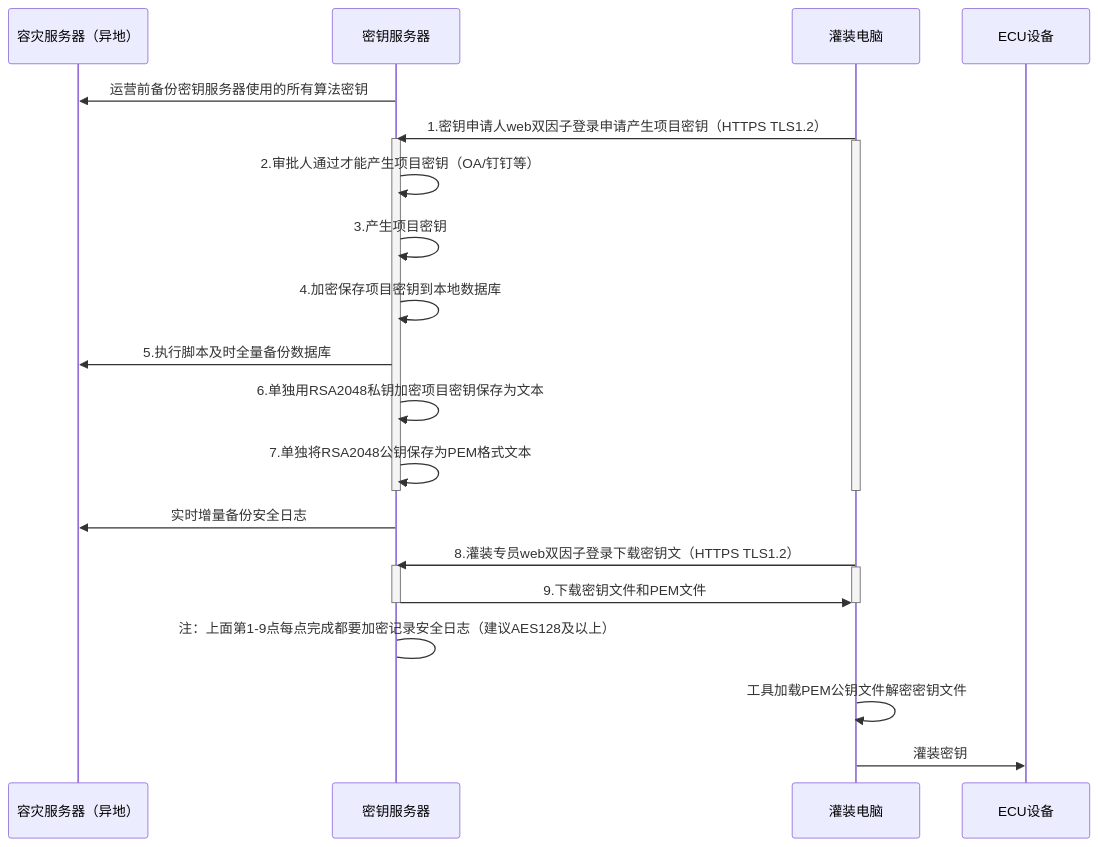
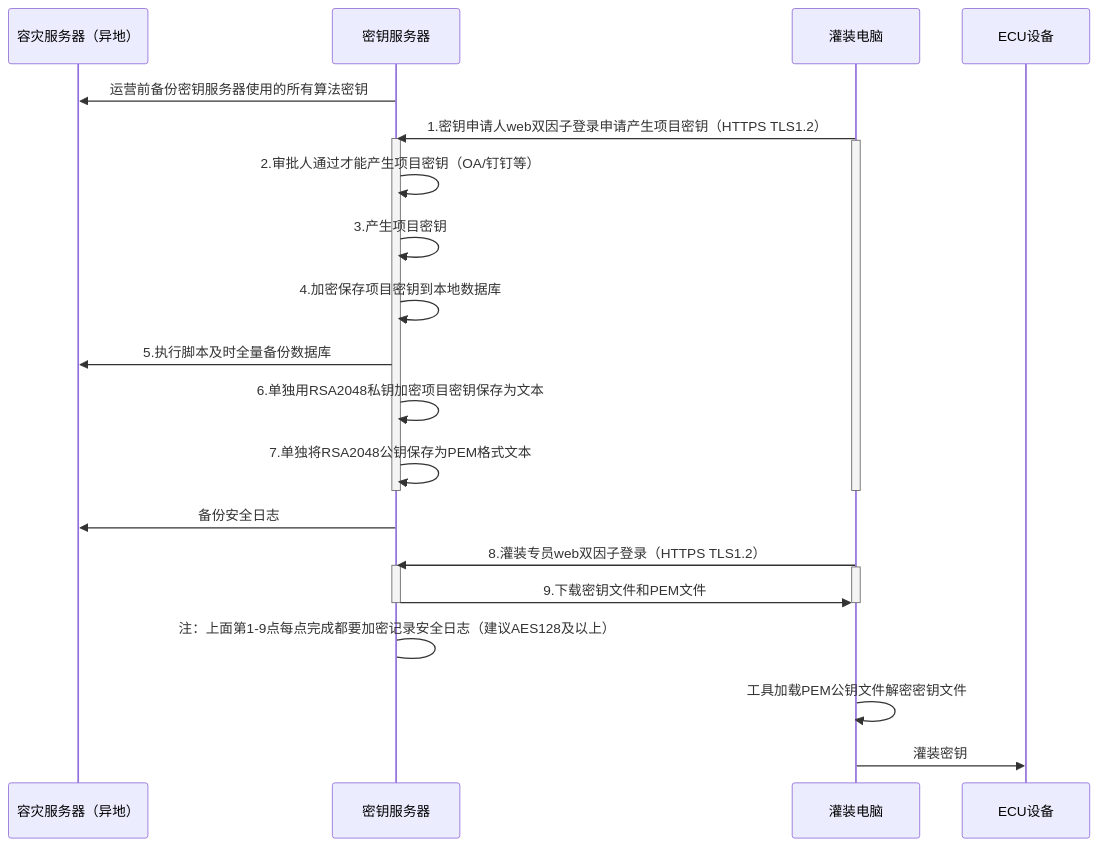
Before and after one commit to facebook-cloud/iodraw-files: the diagram in all/未命名-15.md, drawn with Mermaid.

Commit message:
2026-02-12 17:18:50 update

````diff
--- a/all/未命名-15.md
+++ b/all/未命名-15.md
@@ -1,34 +1,34 @@
 ```mermaid
 sequenceDiagram
     participant A as 容灾服务器（异地）
     participant B as 密钥服务器
     participant D as 灌装电脑
     participant E as ECU设备
 
     B->>A: 运营前备份密钥服务器使用的所有算法密钥
     D->>B: 1.密钥申请人web双因子登录申请产生项目密钥（HTTPS TLS1.2）
     activate B
     activate D
     B->>B: 2.审批人通过才能产生项目密钥（OA/钉钉等）
     B->>B: 3.产生项目密钥
     B->>B: 4.加密保存项目密钥到本地数据库
     B->>A: 5.执行脚本及时全量备份数据库
     B->>B: 6.单独用RSA2048私钥加密项目密钥保存为文本
     B->>B: 7.单独将RSA2048公钥保存为PEM格式文本
     deactivate B
     deactivate D
 
-    B->>A: 实时增量备份安全日志
+    B->>A: 备份安全日志
     
-    D->>B: 8.灌装专员web双因子登录下载密钥文（HTTPS TLS1.2）
+    D->>B: 8.灌装专员web双因子登录（HTTPS TLS1.2）
     activate B
     activate D
     B->>D: 9.下载密钥文件和PEM文件
     deactivate B
     deactivate D
     B->B: 注：上面第1-9点每点完成都要加密记录安全日志（建议AES128及以上）
 
     D->>D:工具加载PEM公钥文件解密密钥文件
     
     D->>E: 灌装密钥
 ```
````
